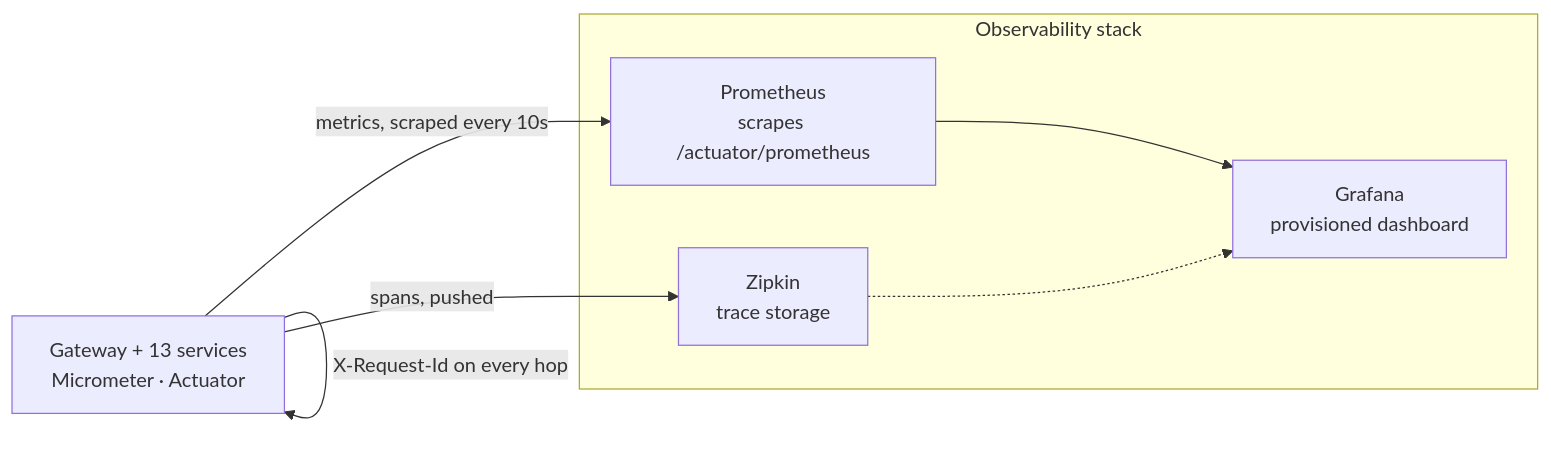
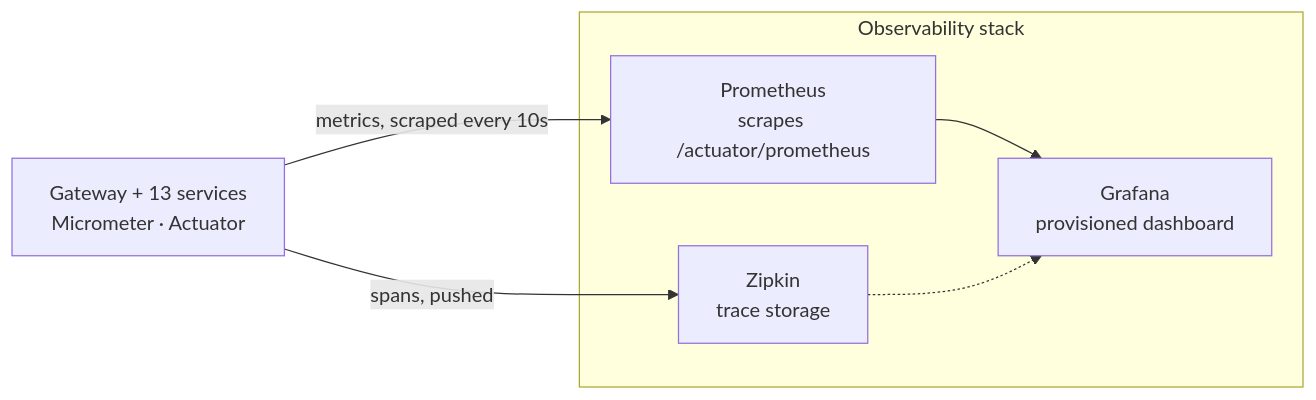
One commit to Kalab21/banking-platform changed the second of 2 diagrams in README.md. Above: the diagram before and after it, drawn with Mermaid. The commit also changed other lines of this file and 4 other files, not shown here.

````diff
--- a/README.md
+++ b/README.md
@@ -179,16 +105,15 @@
 ```mermaid
 flowchart LR
     svc["Gateway + 13 services<br/>Micrometer · Actuator"]
 
     subgraph obs["Observability stack"]
         prom["Prometheus<br/>scrapes /actuator/prometheus"]
         graf["Grafana<br/>provisioned dashboard"]
         zip["Zipkin<br/>trace storage"]
     end
 
     svc -- "metrics, scraped every 10s" --> prom
     prom --> graf
     svc -- "spans, pushed" --> zip
     zip -.-> graf
-    svc -- "X-Request-Id on every hop" --> svc
 ```
````
